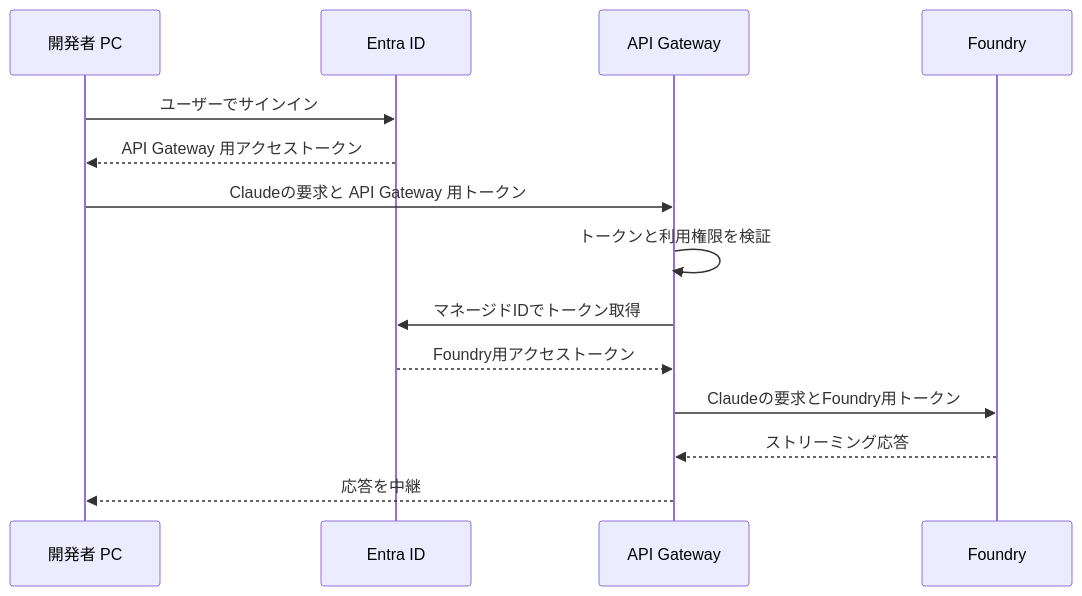
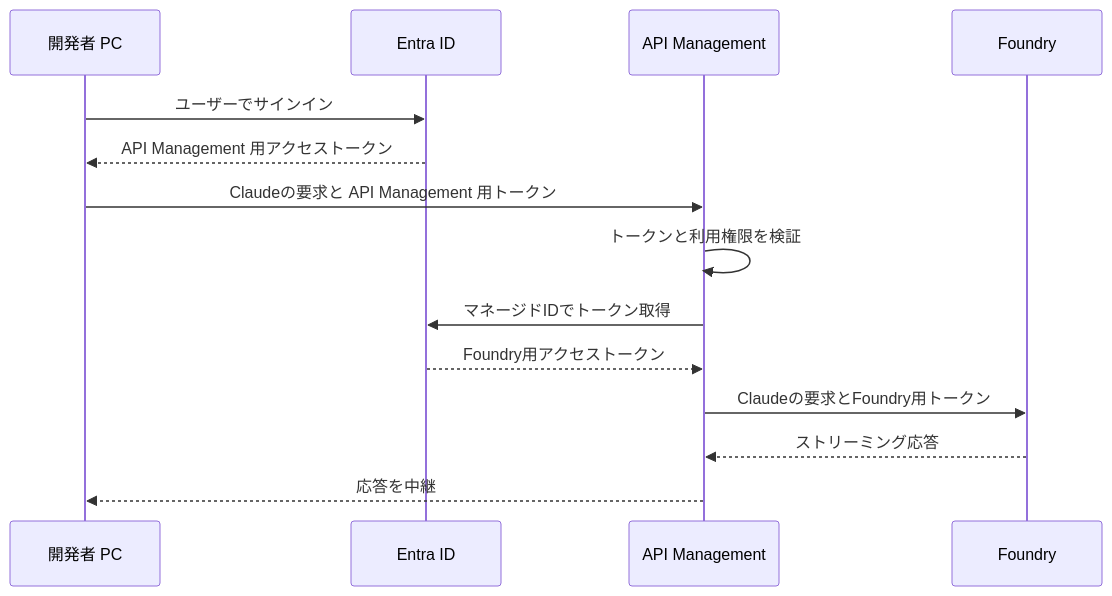
One commit to Yuichi-Ikeda/Claude-Code-with-Foundry changed the diagram in README.md. Above: the diagram before and after it, drawn with Mermaid. The commit also changed other lines of this file, not shown here.

Commit message:
Update references from API Gateway to Azure API Management in README

````diff
--- a/README.md
+++ b/README.md
@@ -12,17 +12,17 @@
 ```mermaid
 sequenceDiagram
     participant PC as 開発者 PC
     participant E as Entra ID
-    participant A as API Gateway
+    participant A as API Management
     participant F as Foundry
 
     PC->>E: ユーザーでサインイン
-    E-->>PC: API Gateway 用アクセストークン
-    PC->>A: Claudeの要求と API Gateway 用トークン
+    E-->>PC: API Management 用アクセストークン
+    PC->>A: Claudeの要求と API Management 用トークン
     A->>A: トークンと利用権限を検証
     A->>E: マネージドIDでトークン取得
     E-->>A: Foundry用アクセストークン
     A->>F: Claudeの要求とFoundry用トークン
     F-->>A: ストリーミング応答
     A-->>PC: 応答を中継
 ```
````
